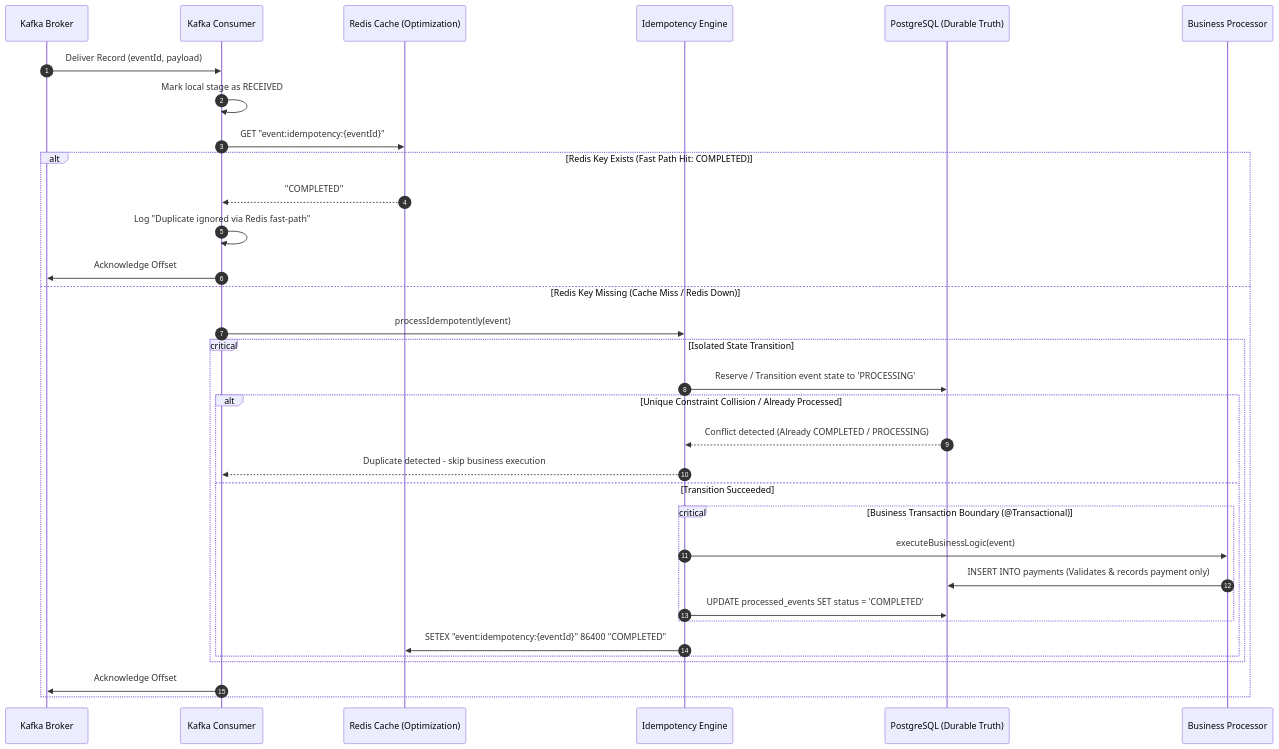
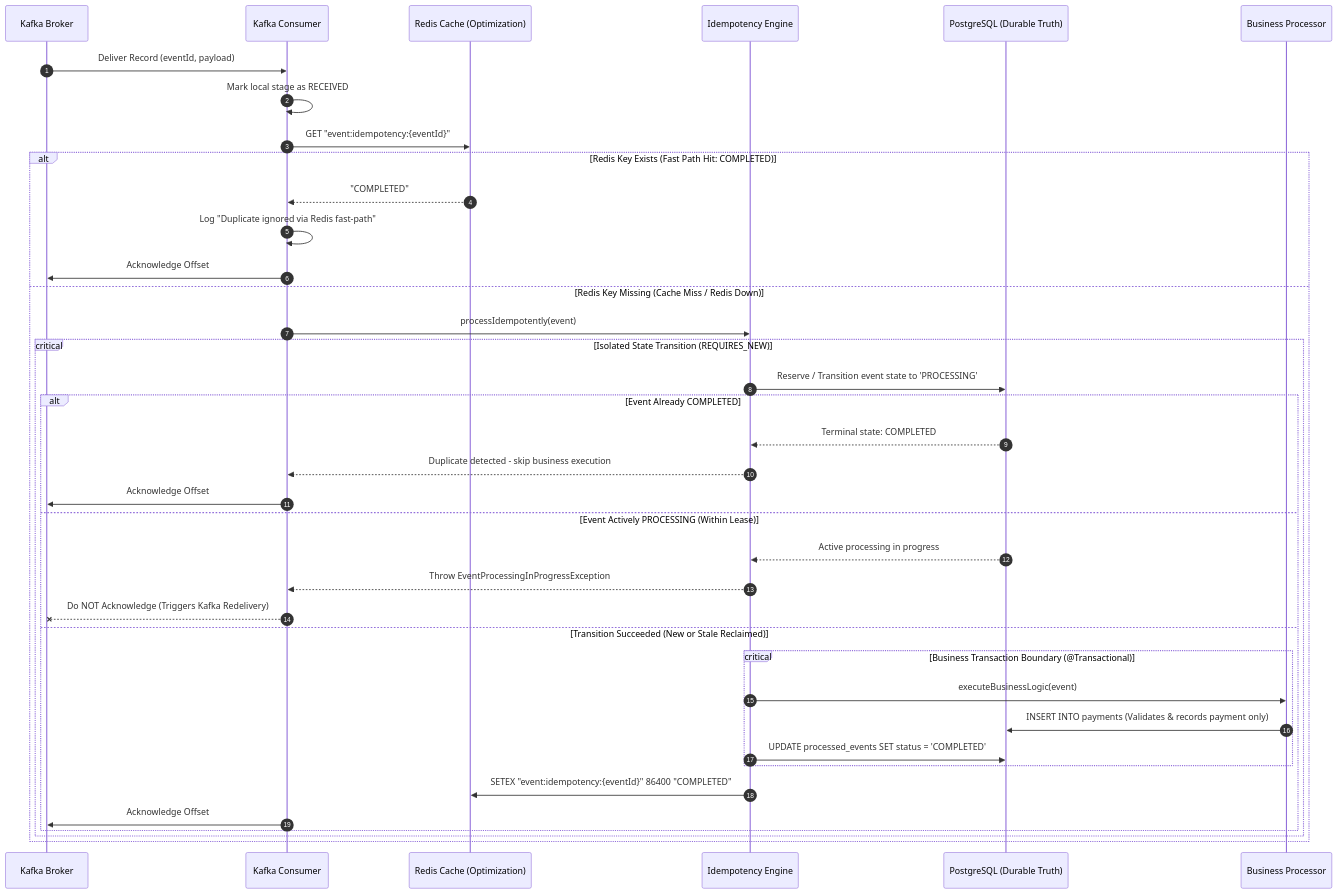
The third of 4 diagrams in docs/architecture.md (Leuizack77/Idempotent-Event-Processing-System), drawn with Mermaid before and after one commit. The commit also changed other lines of this file and 48 other files, not shown here.

````diff
--- a/docs/architecture.md
+++ b/docs/architecture.md
@@ -86,39 +86,43 @@
 ```mermaid
 sequenceDiagram
     autonumber
     participant Broker as Kafka Broker
     participant Cons as Kafka Consumer
     participant Redis as Redis Cache (Optimization)
     participant Engine as Idempotency Engine
     participant DB as PostgreSQL (Durable Truth)
     participant Biz as Business Processor
 
     Broker->>Cons: Deliver Record (eventId, payload)
     Cons->>Cons: Mark local stage as RECEIVED
     Cons->>Redis: GET "event:idempotency:{eventId}"
     
     alt Redis Key Exists (Fast Path Hit: COMPLETED)
         Redis-->>Cons: "COMPLETED"
         Cons->>Cons: Log "Duplicate ignored via Redis fast-path"
         Cons->>Broker: Acknowledge Offset
     else Redis Key Missing (Cache Miss / Redis Down)
         Cons->>Engine: processIdempotently(event)
         
-        critical Isolated State Transition
+        critical Isolated State Transition (REQUIRES_NEW)
             Engine->>DB: Reserve / Transition event state to 'PROCESSING'
-            alt Unique Constraint Collision / Already Processed
-                DB-->>Engine: Conflict detected (Already COMPLETED / PROCESSING)
+            alt Event Already COMPLETED
+                DB-->>Engine: Terminal state: COMPLETED
                 Engine-->>Cons: Duplicate detected - skip business execution
-            else Transition Succeeded
+                Cons->>Broker: Acknowledge Offset
+            else Event Actively PROCESSING (Within Lease)
+                DB-->>Engine: Active processing in progress
+                Engine-->>Cons: Throw EventProcessingInProgressException
+                Cons--xBroker: Do NOT Acknowledge (Triggers Kafka Redelivery)
+            else Transition Succeeded (New or Stale Reclaimed)
                 critical Business Transaction Boundary (@Transactional)
                     Engine->>Biz: executeBusinessLogic(event)
                     Biz->>DB: INSERT INTO payments (Validates & records payment only)
                     Engine->>DB: UPDATE processed_events SET status = 'COMPLETED'
                 end
                 Engine->>Redis: SETEX "event:idempotency:{eventId}" 86400 "COMPLETED"
+                Cons->>Broker: Acknowledge Offset
             end
         end
-        
-        Cons->>Broker: Acknowledge Offset
     end
 ```
````
